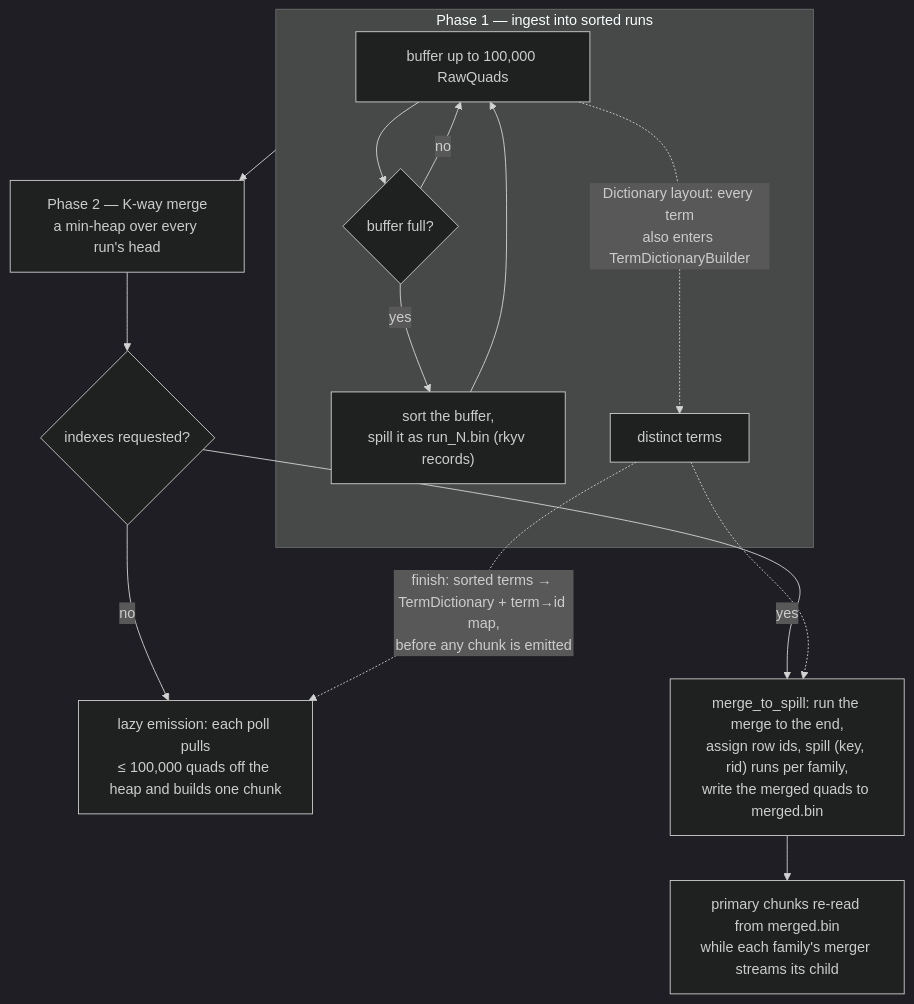
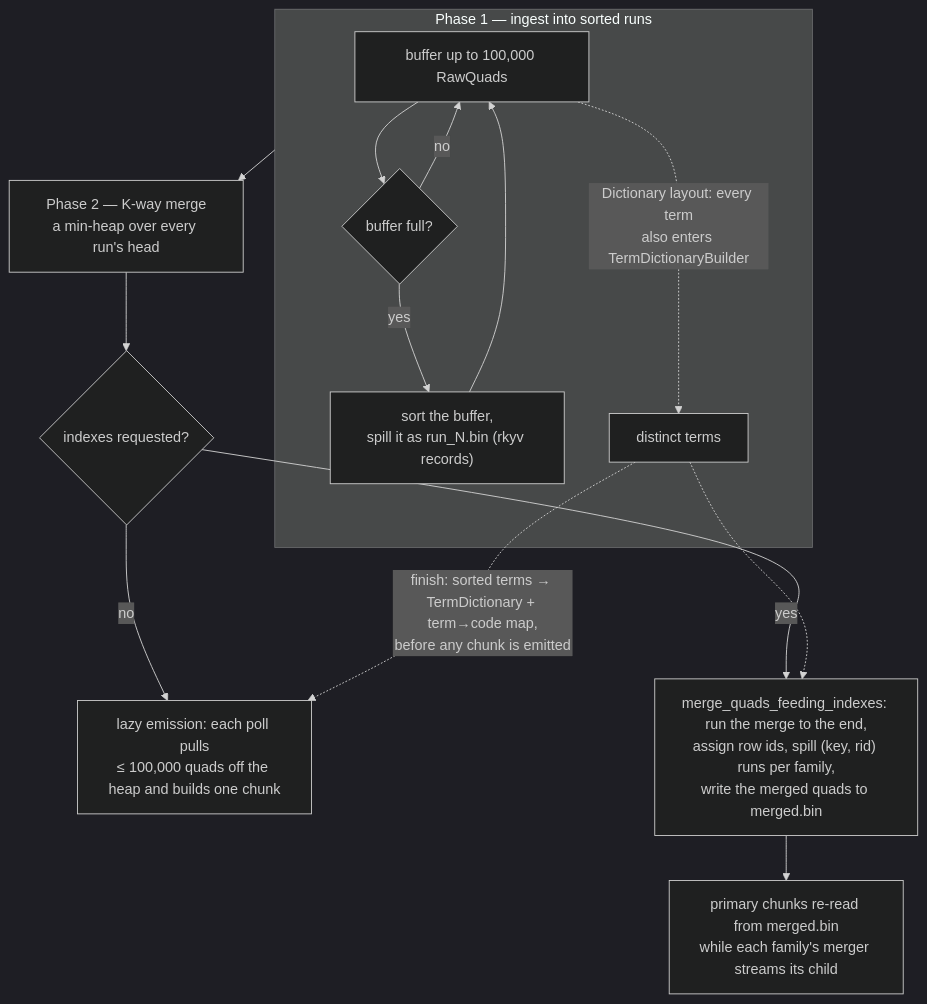
The third of 4 diagrams in docs/serialization.md (julianrojas87/vortex-rdf), drawn with Mermaid (dark theme) before and after one commit. The commit also changed other lines of this file and 15 other files, not shown here.

````diff
--- a/docs/serialization.md
+++ b/docs/serialization.md
@@ -186,17 +185,17 @@
 ```mermaid
 flowchart TD
     subgraph P1 ["Phase 1 — ingest into sorted runs"]
         I1["buffer up to 100,000 RawQuads"] --> I2{"buffer full?"}
         I2 -- "yes" --> I3["sort the buffer,<br/>spill it as run_N.bin (rkyv records)"]
         I3 --> I1
         I2 -- "no" --> I1
         I1 -. "Dictionary layout: every term<br/>also enters TermDictionaryBuilder" .-> I4["distinct terms"]
     end
     P1 --> P2["Phase 2 — K-way merge<br/>a min-heap over every run's head"]
     P2 --> Q{"indexes requested?"}
     Q -- "no" --> E1["lazy emission: each poll pulls<br/>≤ 100,000 quads off the heap and builds one chunk"]
-    Q -- "yes" --> E2["merge_to_spill: run the merge to the end,<br/>assign row ids, spill (key, rid) runs per family,<br/>write the merged quads to merged.bin"]
+    Q -- "yes" --> E2["merge_quads_feeding_indexes: run the merge to the end,<br/>assign row ids, spill (key, rid) runs per family,<br/>write the merged quads to merged.bin"]
     E2 --> E3["primary chunks re-read from merged.bin<br/>while each family's merger streams its child"]
-    I4 -. "finish: sorted terms → TermDictionary + term→id map,<br/>before any chunk is emitted" .-> E1
+    I4 -. "finish: sorted terms → TermDictionary + term→code map,<br/>before any chunk is emitted" .-> E1
     I4 -.-> E2
 ```
````
